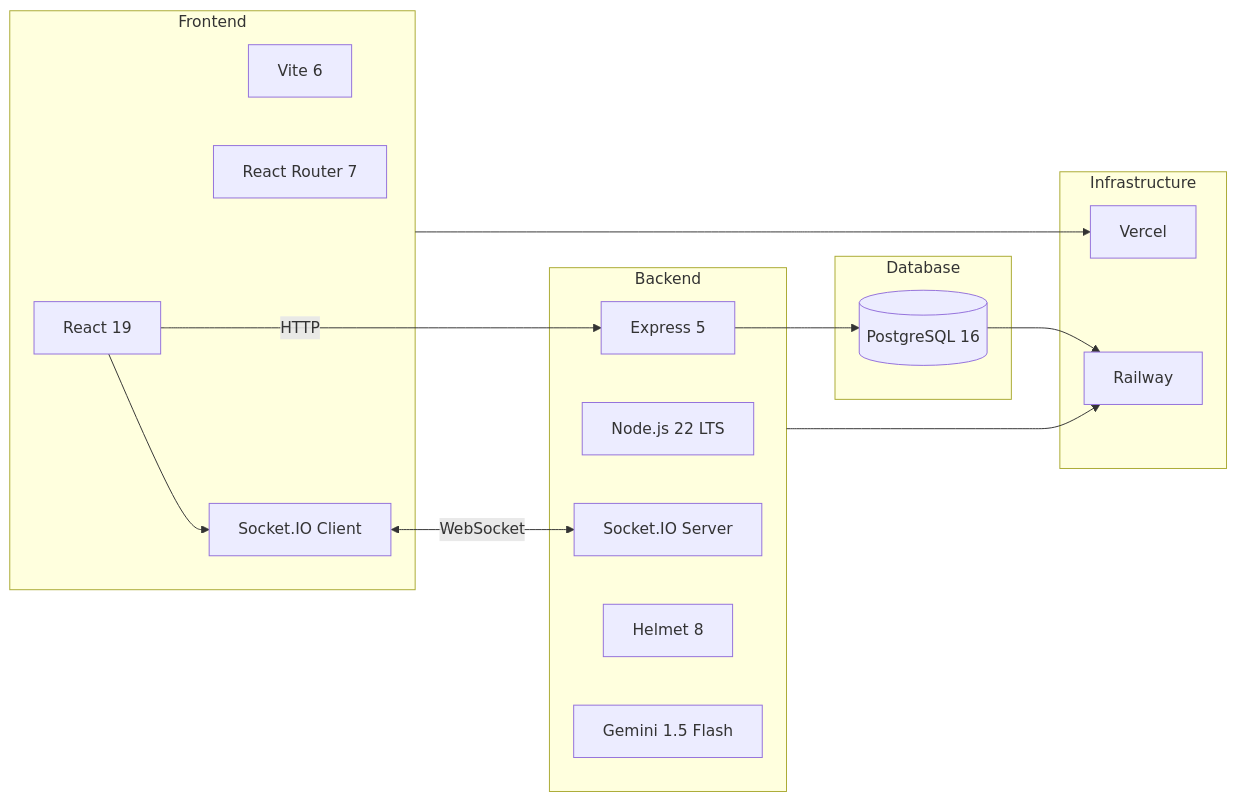
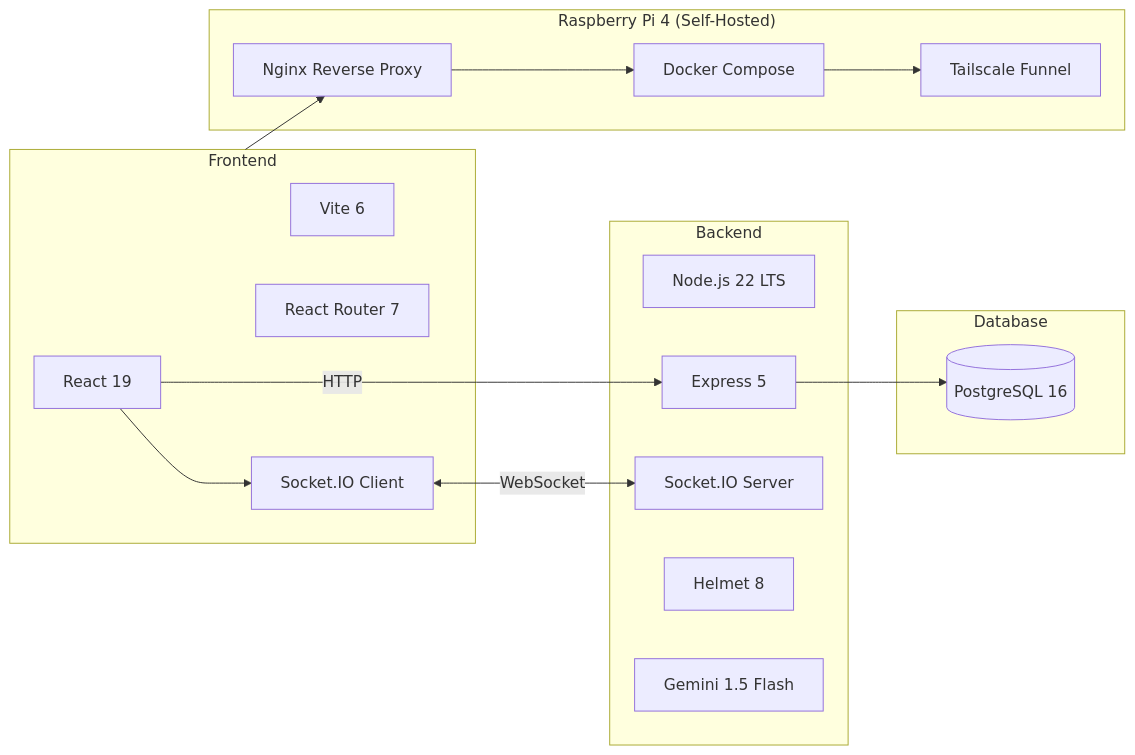
The second of 11 diagrams in README.md (doublesilver/subway-board), drawn with Mermaid before and after one commit. The commit also changed other lines of this file and 2 other files, not shown here.

First line of the commit message:
docs: update documentation for Raspberry Pi self-hosting

````diff
--- a/README.md
+++ b/README.md
@@ -129,34 +129,35 @@
 ```mermaid
 flowchart LR
     subgraph Frontend["Frontend"]
         React[React 19]
         Vite[Vite 6]
         Router[React Router 7]
         SIO_C[Socket.IO Client]
     end
 
     subgraph Backend["Backend"]
         Node[Node.js 22 LTS]
         Express[Express 5]
         SIO_S[Socket.IO Server]
         Helmet[Helmet 8]
         Gemini[Gemini 1.5 Flash]
     end
 
     subgraph Database["Database"]
         PG[(PostgreSQL 16)]
     end
 
-    subgraph Infra["Infrastructure"]
-        Vercel[Vercel]
-        Railway[Railway]
+    subgraph Infra["Raspberry Pi 4 (Self-Hosted)"]
+        Docker[Docker Compose]
+        Tailscale[Tailscale Funnel]
+        Nginx[Nginx Reverse Proxy]
     end
 
     React --> SIO_C
     SIO_C <-->|WebSocket| SIO_S
     React -->|HTTP| Express
     Express --> PG
-    Frontend --> Vercel
-    Backend --> Railway
-    PG --> Railway
+    Frontend --> Nginx
+    Nginx --> Docker
+    Docker --> Tailscale
 ```
````
